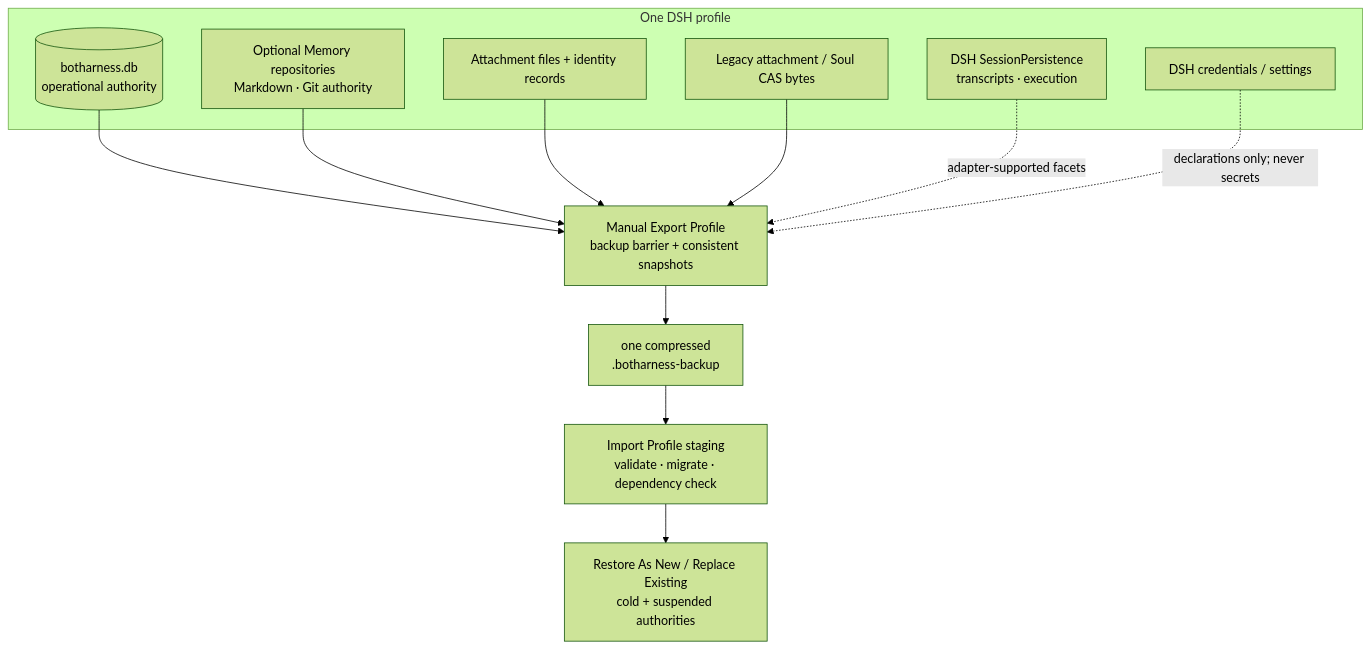
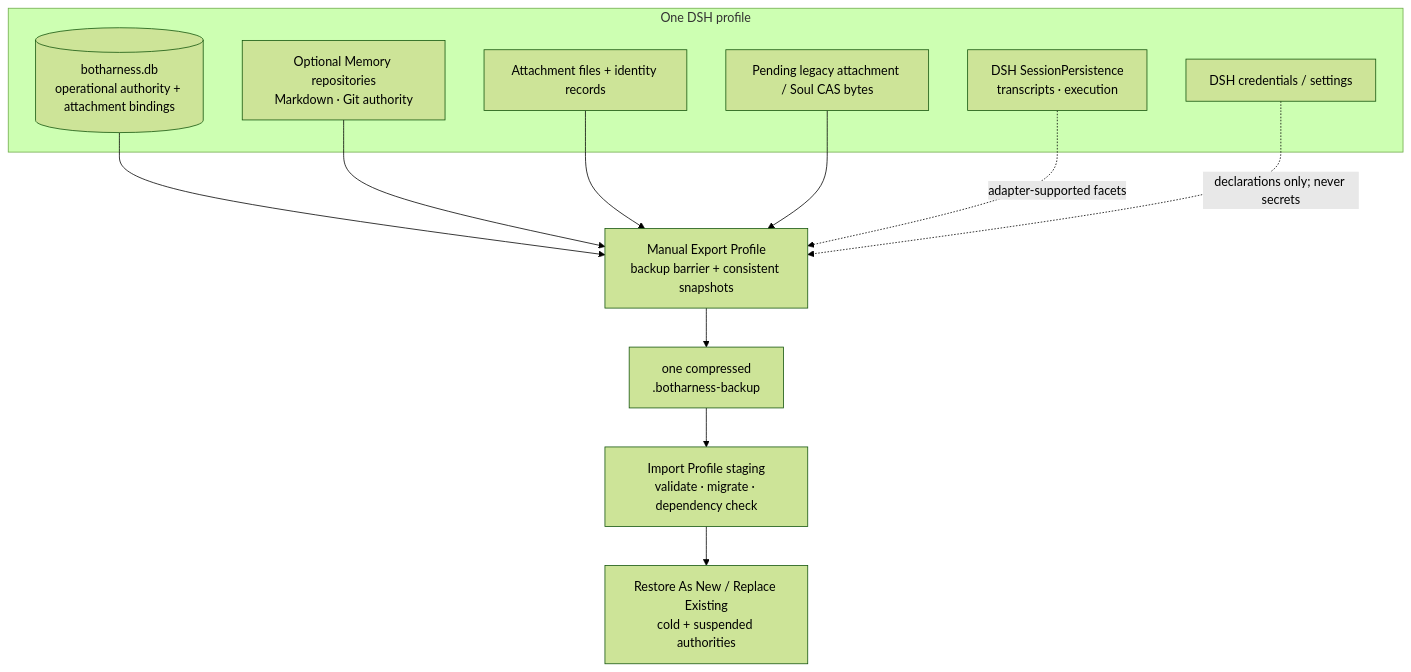
The sixth of 6 diagrams in docs/architecture/botharness-architecture.en.md (BotHarness/BotHarness), drawn with Mermaid (forest theme) before and after one commit. The commit also changed other lines of this file and 38 other files, not shown here.

````diff
--- a/docs/architecture/botharness-architecture.en.md
+++ b/docs/architecture/botharness-architecture.en.md
@@ -285,26 +285,26 @@
 ```mermaid
 flowchart TB
   subgraph Profile["One DSH profile"]
-    DB[("botharness.db<br/>operational authority")]
+    DB[("botharness.db<br/>operational authority + attachment bindings")]
     Files["Optional Memory repositories<br/>Markdown · Git authority"]
     Attachments["Attachment files + identity records"]
-    CAS["Legacy attachment / Soul CAS bytes"]
+    CAS["Pending legacy attachment / Soul CAS bytes"]
     DSHS["DSH SessionPersistence<br/>transcripts · execution"]
     Creds["DSH credentials / settings"]
   end
 
   Barrier["Manual Export Profile<br/>backup barrier + consistent snapshots"]
   Package["one compressed<br/>.botharness-backup"]
   Stage["Import Profile staging<br/>validate · migrate · dependency check"]
   Target["Restore As New / Replace Existing<br/>cold + suspended authorities"]
 
   DB --> Barrier
   Files --> Barrier
   Attachments --> Barrier
   CAS --> Barrier
   DSHS -.->|"adapter-supported facets"| Barrier
   Creds -.->|"declarations only; never secrets"| Barrier
   Barrier --> Package
   Package --> Stage
   Stage --> Target
 ```
````
